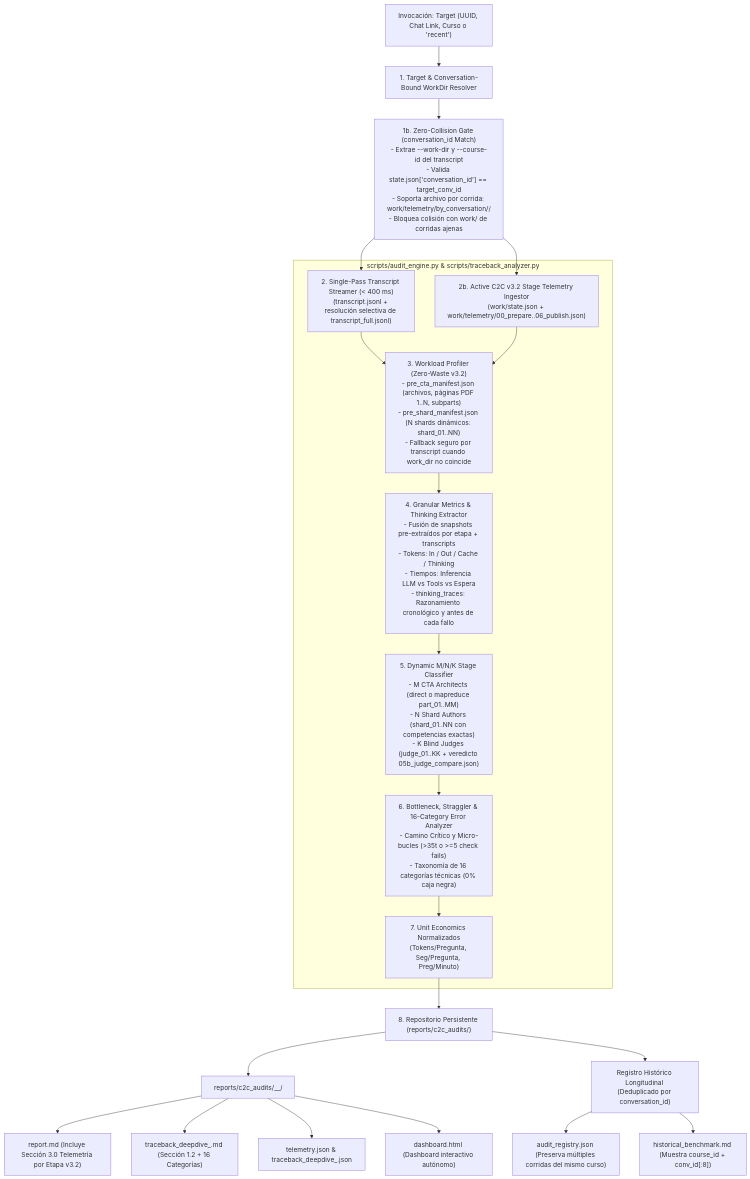
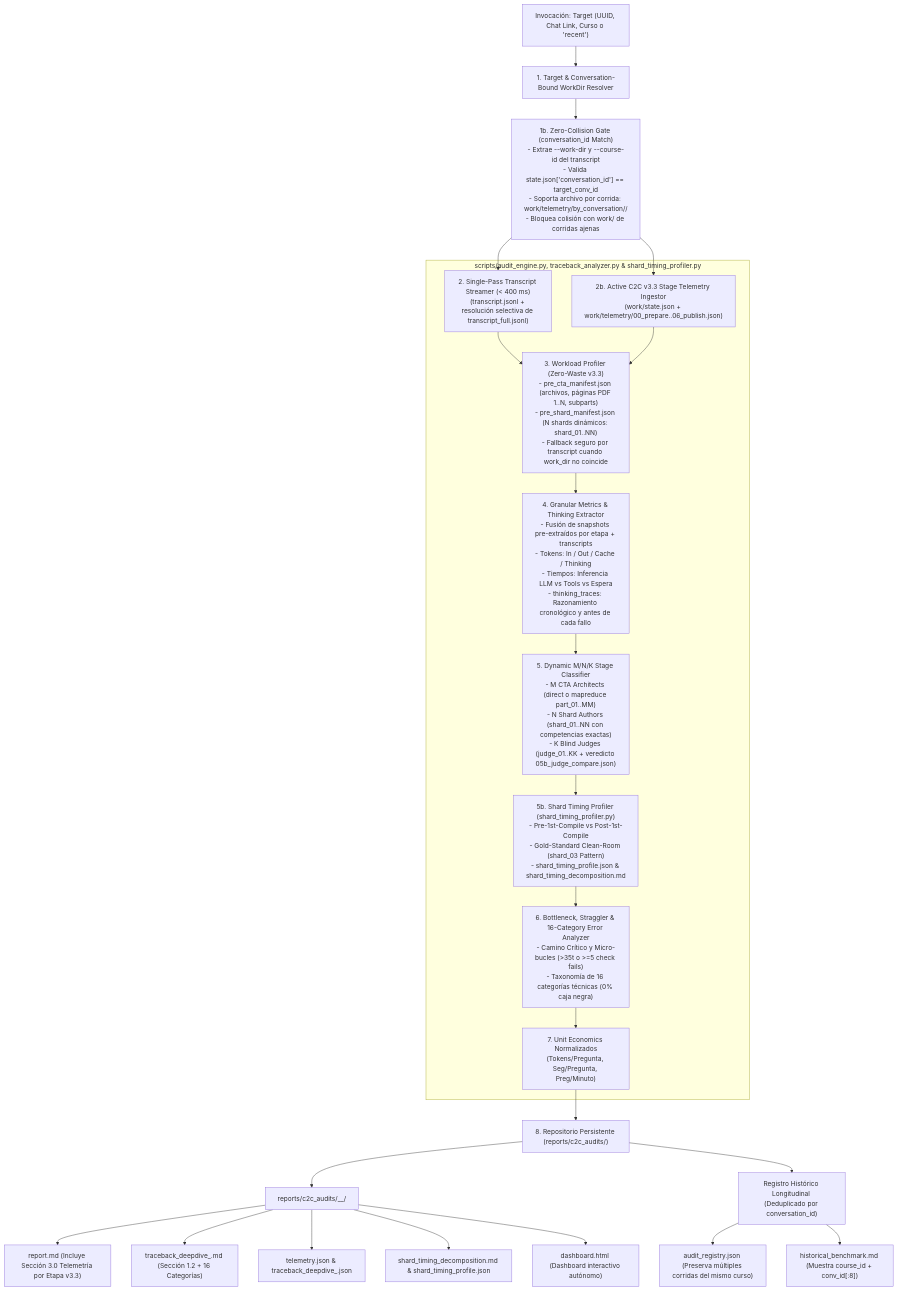
One commit to aguerta/Tops_academy changed the diagram in .agents/skills/c2c-run-auditor/SKILL.md. Above: the diagram before and after it, drawn with Mermaid. The commit also changed other lines of this file and 3 other files, not shown here.

Commit message:
feat(run-auditor): add multi-shard timing decomposition profiler and harden subagent resolution for c2c v3.3

````diff
--- a/.agents/skills/c2c-run-auditor/SKILL.md
+++ b/.agents/skills/c2c-run-auditor/SKILL.md
@@ -62,27 +59,29 @@
 ```mermaid
 flowchart TD
     User["Invocación: Target (UUID, Chat Link, Curso o 'recent')"] --> Resolver["1. Target & Conversation-Bound WorkDir Resolver"]
     Resolver --> ZeroColl["1b. Zero-Collision Gate (conversation_id Match)\n- Extrae --work-dir y --course-id del transcript\n- Valida state.json['conversation_id'] == target_conv_id\n- Soporta archivo por corrida: work/telemetry/by_conversation/<conv_id>/\n- Bloquea colisión con work/ de corridas ajenas"]
     ZeroColl --> Streamer["2. Single-Pass Transcript Streamer (< 400 ms)\n(transcript.jsonl + resolución selectiva de transcript_full.jsonl)"]
-    ZeroColl --> IncTel["2b. Active C2C v3.2 Stage Telemetry Ingestor\n(work/state.json + work/telemetry/00_prepare..06_publish.json)"]
+    ZeroColl --> IncTel["2b. Active C2C v3.3 Stage Telemetry Ingestor\n(work/state.json + work/telemetry/00_prepare..06_publish.json)"]
     
-    subgraph Engine ["scripts/audit_engine.py & scripts/traceback_analyzer.py"]
-        Streamer --> Workload["3. Workload Profiler (Zero-Waste v3.2)\n- pre_cta_manifest.json (archivos, páginas PDF 1..N, subparts)\n- pre_shard_manifest.json (N shards dinámicos: shard_01..NN)\n- Fallback seguro por transcript cuando work_dir no coincide"]
+    subgraph Engine ["scripts/audit_engine.py, traceback_analyzer.py & shard_timing_profiler.py"]
+        Streamer --> Workload["3. Workload Profiler (Zero-Waste v3.3)\n- pre_cta_manifest.json (archivos, páginas PDF 1..N, subparts)\n- pre_shard_manifest.json (N shards dinámicos: shard_01..NN)\n- Fallback seguro por transcript cuando work_dir no coincide"]
         IncTel --> Workload
         Workload --> Metrics["4. Granular Metrics & Thinking Extractor\n- Fusión de snapshots pre-extraídos por etapa + transcripts\n- Tokens: In / Out / Cache / Thinking\n- Tiempos: Inferencia LLM vs Tools vs Espera\n- thinking_traces: Razonamiento cronológico y antes de cada fallo"]
         Metrics --> Stages["5. Dynamic M/N/K Stage Classifier\n- M CTA Architects (direct o mapreduce part_01..MM)\n- N Shard Authors (shard_01..NN con competencias exactas)\n- K Blind Judges (judge_01..KK + veredicto 05b_judge_compare.json)"]
-        Stages --> Bottlenecks["6. Bottleneck, Straggler & 16-Category Error Analyzer\n- Camino Crítico y Micro-bucles (>35t o >=5 check fails)\n- Taxonomía de 16 categorías técnicas (0% caja negra)"]
+        Stages --> ShardProfiler["5b. Shard Timing Profiler (shard_timing_profiler.py)\n- Pre-1st-Compile vs Post-1st-Compile\n- Gold-Standard Clean-Room (shard_03 Pattern)\n- shard_timing_profile.json & shard_timing_decomposition.md"]
+        ShardProfiler --> Bottlenecks["6. Bottleneck, Straggler & 16-Category Error Analyzer\n- Camino Crítico y Micro-bucles (>35t o >=5 check fails)\n- Taxonomía de 16 categorías técnicas (0% caja negra)"]
         Bottlenecks --> UnitEcon["7. Unit Economics Normalizados\n(Tokens/Pregunta, Seg/Pregunta, Preg/Minuto)"]
     end
     
     UnitEcon --> Persistence["8. Repositorio Persistente (reports/c2c_audits/)"]
     Persistence --> RunDir["reports/c2c_audits/<timestamp>_<course>_<conv_id[:8]>/"]
-    RunDir --> RepMD["report.md (Incluye Sección 3.0 Telemetría por Etapa v3.2)"]
+    RunDir --> RepMD["report.md (Incluye Sección 3.0 Telemetría por Etapa v3.3)"]
     RunDir --> TraceMD["traceback_deepdive_<id>.md (Sección 1.2 + 16 Categorías)"]
     RunDir --> TelJSON["telemetry.json & traceback_deepdive_<id>.json"]
+    RunDir --> ShardMD["shard_timing_decomposition.md & shard_timing_profile.json"]
     RunDir --> DashHTML["dashboard.html (Dashboard interactivo autónomo)"]
     
     Persistence --> Registry["Registro Histórico Longitudinal (Deduplicado por conversation_id)"]
     Registry --> RegJSON["audit_registry.json (Preserva múltiples corridas del mismo curso)"]
     Registry --> BenchMD["historical_benchmark.md (Muestra course_id + conv_id[:8])"]
 ```
````
